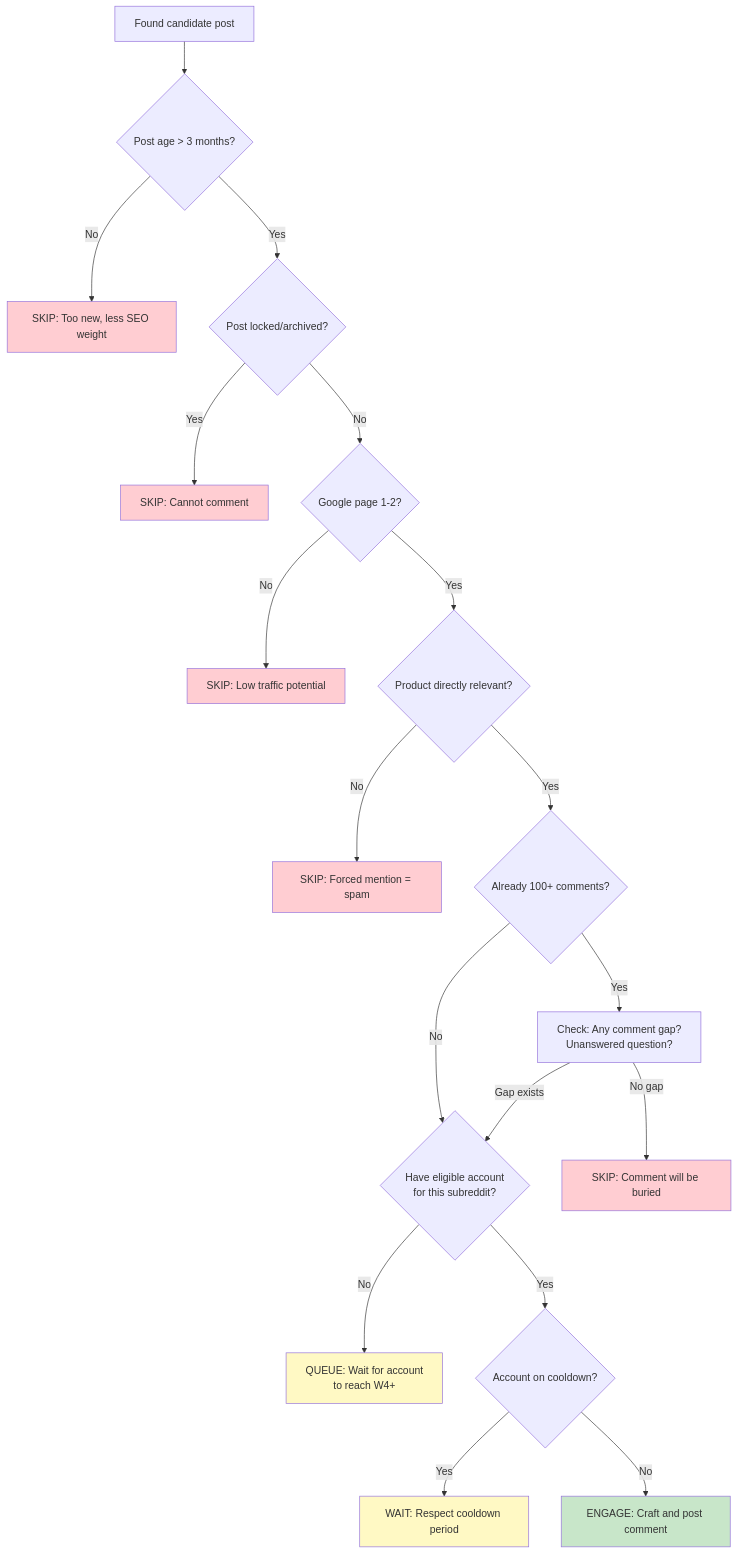
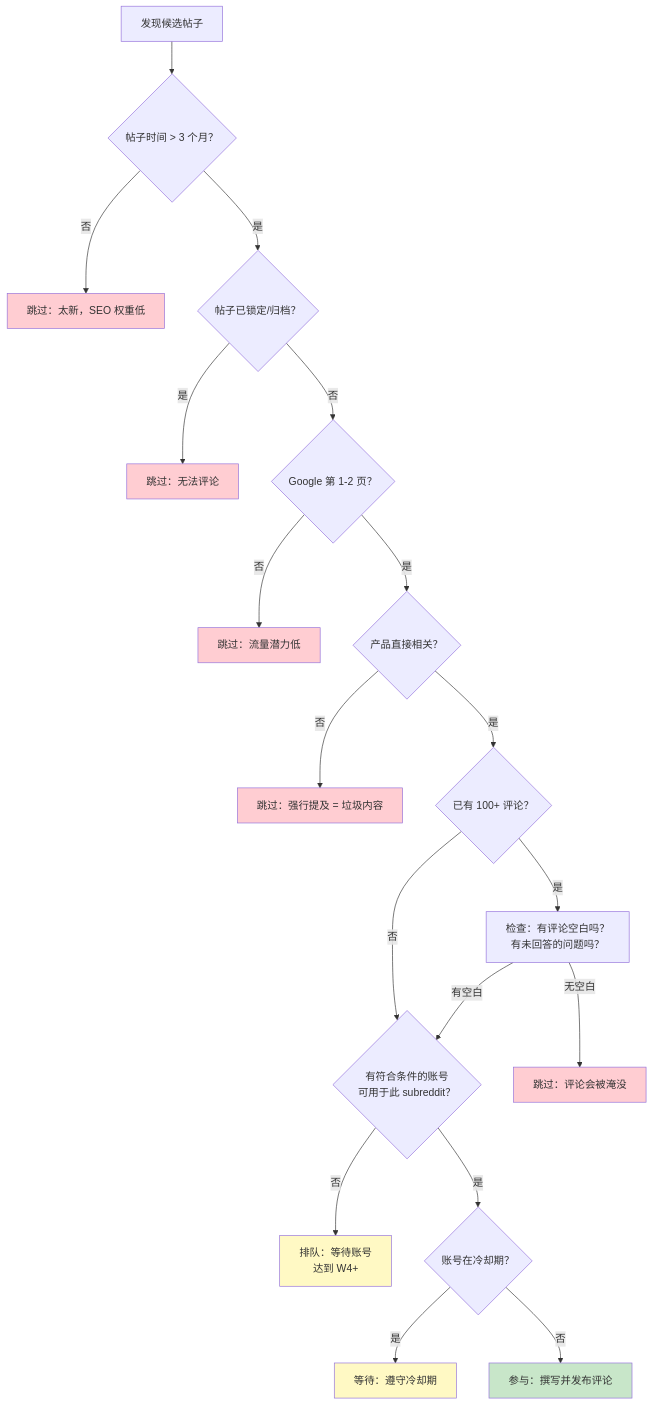
The third of 5 diagrams in plans/PLAN-reddit-specialist.md (chan-kinghin/e-commerce-claw), drawn with Mermaid before and after one commit. The commit also changed other lines of this file and 55 other files, not shown here.

````diff
--- a/plans/PLAN-reddit-specialist.md
+++ b/plans/PLAN-reddit-specialist.md
@@ -683,29 +683,29 @@
 ```mermaid
 flowchart TD
-    POST["Found candidate post"] --> AGE{"Post age > 3 months?"}
-    AGE -->|No| SKIP1["SKIP: Too new, less SEO weight"]
-    AGE -->|Yes| LOCKED{"Post locked/archived?"}
-    LOCKED -->|Yes| SKIP2["SKIP: Cannot comment"]
-    LOCKED -->|No| RANK{"Google page 1-2?"}
-    RANK -->|No| SKIP3["SKIP: Low traffic potential"]
-    RANK -->|Yes| RELEVANT{"Product directly relevant?"}
-    RELEVANT -->|No| SKIP4["SKIP: Forced mention = spam"]
-    RELEVANT -->|Yes| SATURATED{"Already 100+ comments?"}
-    SATURATED -->|Yes| DEEP["Check: Any comment gap?<br/>Unanswered question?"]
-    SATURATED -->|No| ACCOUNT{"Have eligible account<br/>for this subreddit?"}
-    DEEP -->|No gap| SKIP5["SKIP: Comment will be buried"]
-    DEEP -->|Gap exists| ACCOUNT
-    ACCOUNT -->|No| QUEUE["QUEUE: Wait for account<br/>to reach W4+"]
-    ACCOUNT -->|Yes| COOLDOWN{"Account on cooldown?"}
-    COOLDOWN -->|Yes| WAIT["WAIT: Respect cooldown period"]
-    COOLDOWN -->|No| ENGAGE["ENGAGE: Craft and post comment"]
+    POST["发现候选帖子"] --> AGE{"帖子时间 > 3 个月？"}
+    AGE -->|否| SKIP1["跳过：太新，SEO 权重低"]
+    AGE -->|是| LOCKED{"帖子已锁定/归档？"}
+    LOCKED -->|是| SKIP2["跳过：无法评论"]
+    LOCKED -->|否| RANK{"Google 第 1-2 页？"}
+    RANK -->|否| SKIP3["跳过：流量潜力低"]
+    RANK -->|是| RELEVANT{"产品直接相关？"}
+    RELEVANT -->|否| SKIP4["跳过：强行提及 = 垃圾内容"]
+    RELEVANT -->|是| SATURATED{"已有 100+ 评论？"}
+    SATURATED -->|是| DEEP["检查：有评论空白吗？<br/>有未回答的问题吗？"]
+    SATURATED -->|否| ACCOUNT{"有符合条件的账号<br/>可用于此 subreddit？"}
+    DEEP -->|无空白| SKIP5["跳过：评论会被淹没"]
+    DEEP -->|有空白| ACCOUNT
+    ACCOUNT -->|否| QUEUE["排队：等待账号<br/>达到 W4+"]
+    ACCOUNT -->|是| COOLDOWN{"账号在冷却期？"}
+    COOLDOWN -->|是| WAIT["等待：遵守冷却期"]
+    COOLDOWN -->|否| ENGAGE["参与：撰写并发布评论"]
 
     style ENGAGE fill:#C8E6C9
     style SKIP1 fill:#FFCDD2
     style SKIP2 fill:#FFCDD2
     style SKIP3 fill:#FFCDD2
     style SKIP4 fill:#FFCDD2
     style SKIP5 fill:#FFCDD2
     style QUEUE fill:#FFF9C4
     style WAIT fill:#FFF9C4
 ```
````
